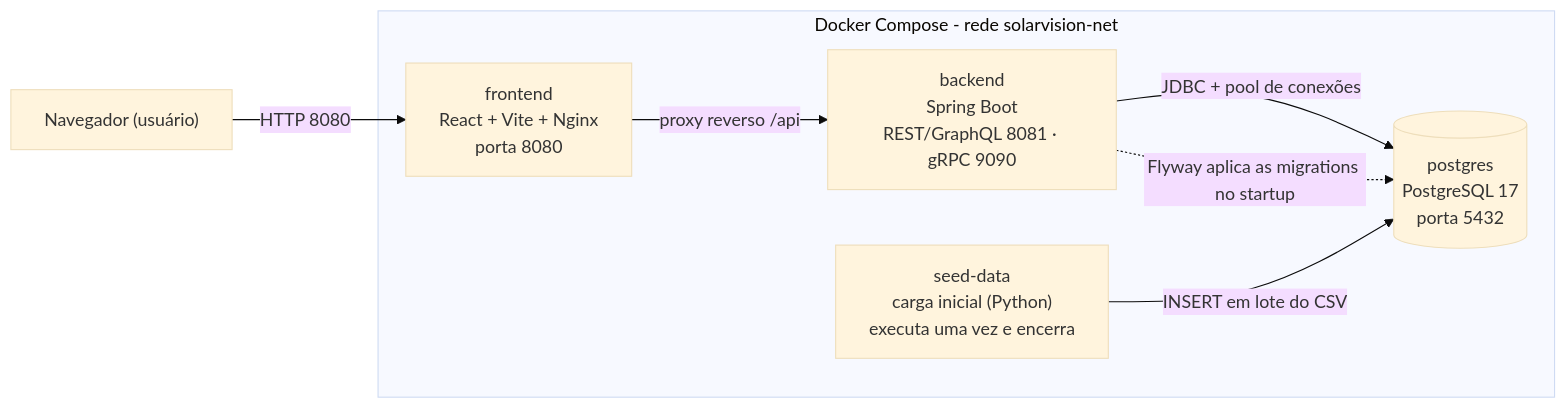
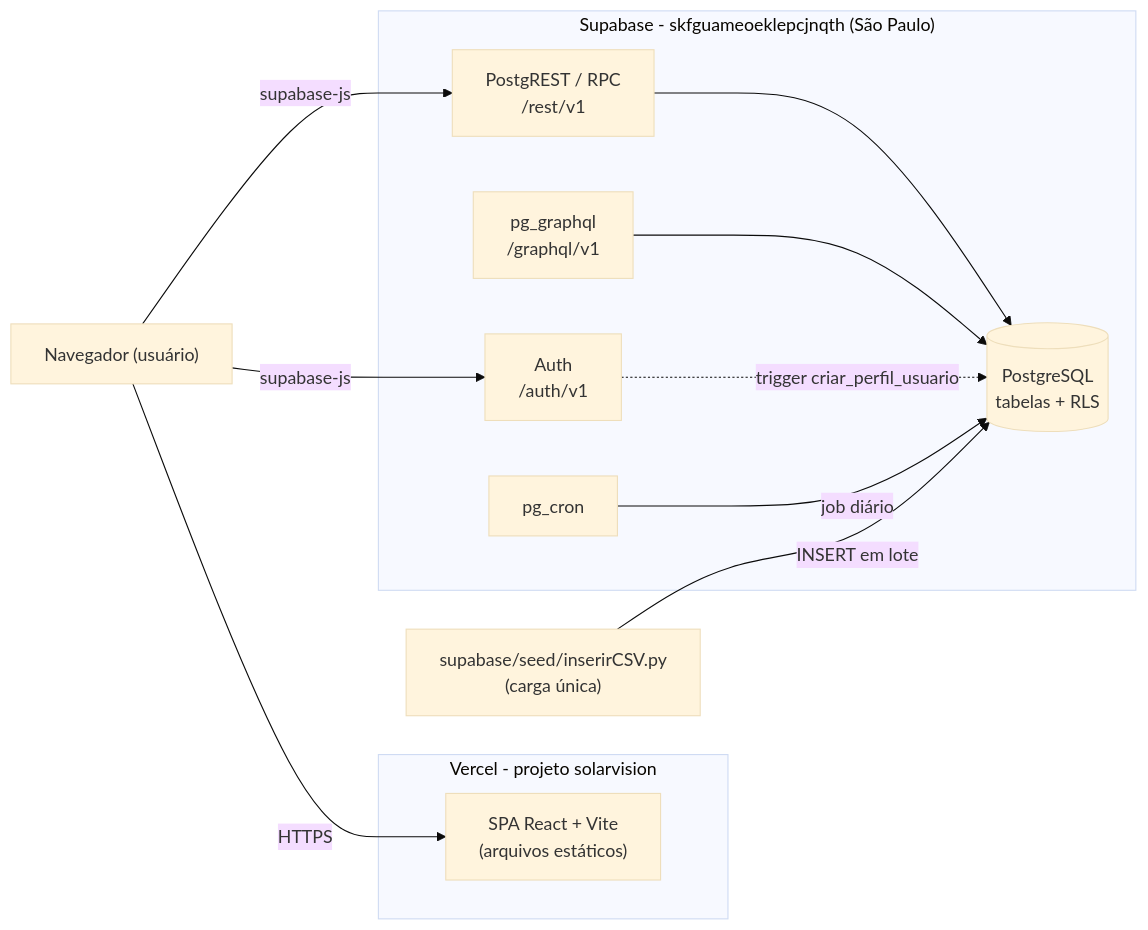
Before and after one commit to danieltanjos/SolarVision: the first of 3 diagrams in docs/ARQUITETURA.md, drawn with Mermaid (base theme). The commit also changed other lines of this file and 8 other files, not shown here.

Commit message:
docs: atualiza documentação para Supabase + Vercel

````diff
--- a/docs/ARQUITETURA.md
+++ b/docs/ARQUITETURA.md
@@ -14,17 +15,27 @@
 ```mermaid
 flowchart LR
     browser["Navegador (usuário)"]
 
-    subgraph compose["Docker Compose - rede solarvision-net"]
-        frontend["frontend<br/>React + Vite + Nginx<br/>porta 8080"]
-        backend["backend<br/>Spring Boot<br/>REST/GraphQL 8081 · gRPC 9090"]
-        db[("postgres<br/>PostgreSQL 17<br/>porta 5432")]
-        seeder["seed-data<br/>carga inicial (Python)<br/>executa uma vez e encerra"]
+    subgraph vercel["Vercel - projeto solarvision"]
+        spa["SPA React + Vite<br/>(arquivos estáticos)"]
     end
 
-    browser -->|HTTP 8080| frontend
-    frontend -->|proxy reverso /api| backend
-    backend -->|JDBC + pool de conexões| db
-    seeder -->|INSERT em lote do CSV| db
-    backend -.->|Flyway aplica as migrations no startup| db
+    subgraph supa["Supabase - skfguameoeklepcjnqth (São Paulo)"]
+        auth["Auth<br/>/auth/v1"]
+        rest["PostgREST / RPC<br/>/rest/v1"]
+        gql["pg_graphql<br/>/graphql/v1"]
+        db[("PostgreSQL<br/>tabelas + RLS")]
+        cron["pg_cron"]
+    end
+
+    seeder["supabase/seed/inserirCSV.py<br/>(carga única)"]
+
+    browser -->|HTTPS| spa
+    browser -->|supabase-js| auth
+    browser -->|supabase-js| rest
+    rest --> db
+    gql --> db
+    auth -.->|trigger criar_perfil_usuario| db
+    cron -->|job diário| db
+    seeder -->|INSERT em lote| db
 ```
````
